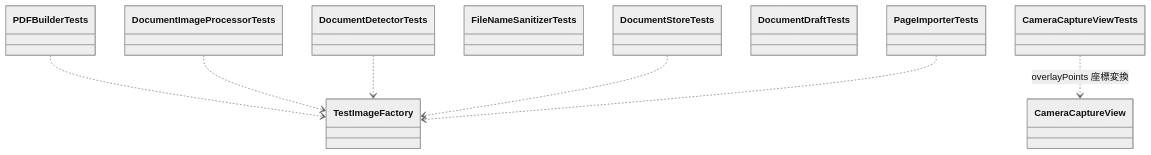
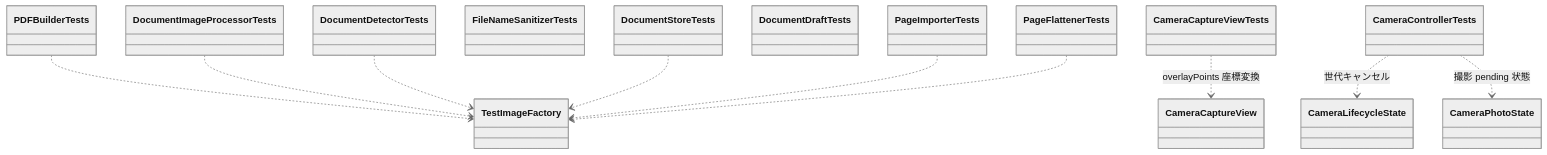
One commit to gomurin0428/DocScanner changed the first of 2 diagrams in DocScannerTests/README.md. Above: the diagram before and after it, drawn with Mermaid (neutral theme). The commit also changed other lines of this file and 22 other files, not shown here.

````diff
--- a/DocScannerTests/README.md
+++ b/DocScannerTests/README.md
@@ -104,18 +119,23 @@
 ```mermaid
 classDiagram
     class PDFBuilderTests
     class DocumentImageProcessorTests
     class DocumentDetectorTests
     class FileNameSanitizerTests
     class DocumentStoreTests
     class DocumentDraftTests
     class PageImporterTests
+    class PageFlattenerTests
     class CameraCaptureViewTests
+    class CameraControllerTests
     class TestImageFactory
     PDFBuilderTests ..> TestImageFactory
     DocumentImageProcessorTests ..> TestImageFactory
     DocumentDetectorTests ..> TestImageFactory
     DocumentStoreTests ..> TestImageFactory
     PageImporterTests ..> TestImageFactory
+    PageFlattenerTests ..> TestImageFactory
     CameraCaptureViewTests ..> CameraCaptureView : overlayPoints 座標変換
+    CameraControllerTests ..> CameraLifecycleState : 世代キャンセル
+    CameraControllerTests ..> CameraPhotoState : 撮影 pending 状態
 ```
````
